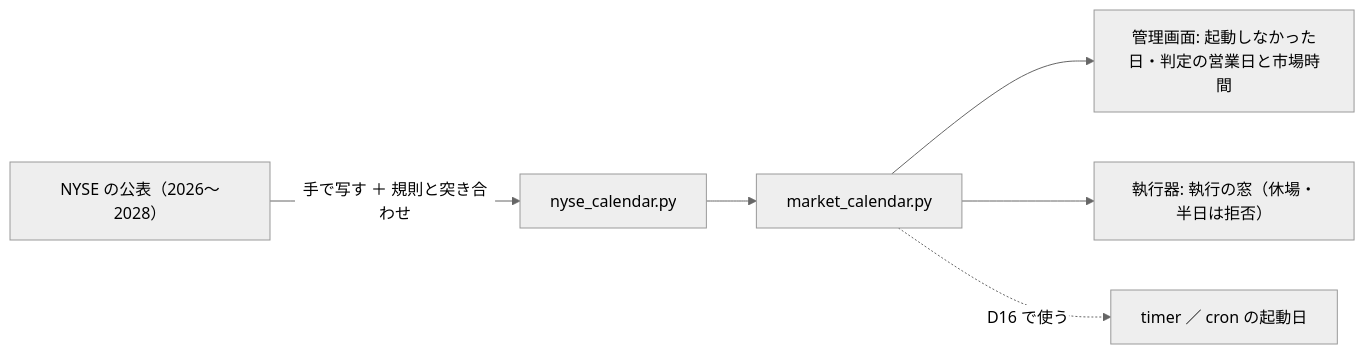
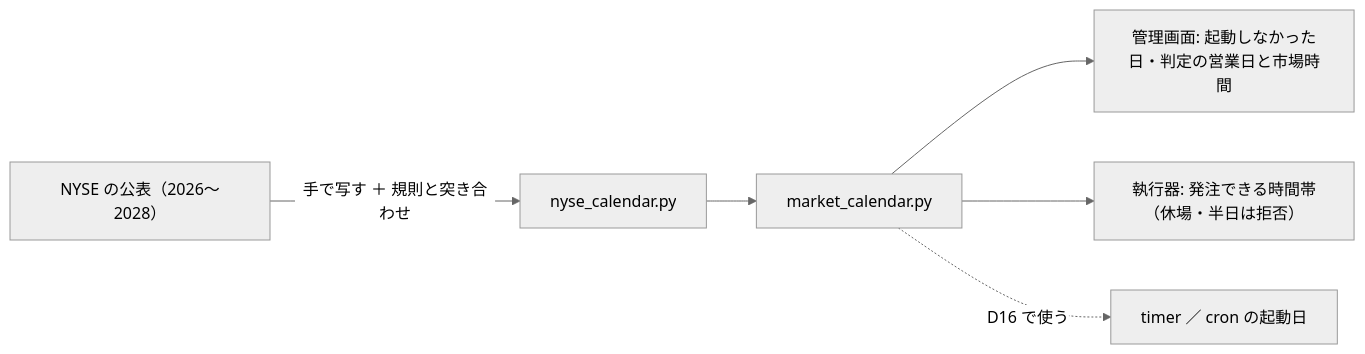
One commit to akiraak/ai-income-lab changed diagram 13 of 15 in docs/specs/dashboard.md. Above: the diagram before and after it, drawn with Mermaid (neutral theme). The commit also changed other lines of this file and 19 other files, not shown here.

````diff
--- a/docs/specs/dashboard.md
+++ b/docs/specs/dashboard.md
@@ -772,8 +772,8 @@
 ```mermaid
 flowchart LR
   N["NYSE の公表（2026〜2028）"] -->|"手で写す ＋ 規則と突き合わせ"| T["nyse_calendar.py"]
   T --> M["market_calendar.py"]
   M --> D["管理画面: 起動しなかった日・判定の営業日と市場時間"]
-  M --> E["執行器: 執行の窓（休場・半日は拒否）"]
+  M --> E["執行器: 発注できる時間帯（休場・半日は拒否）"]
   M -.->|"D16 で使う"| C["timer ／ cron の起動日"]
 ```
````
